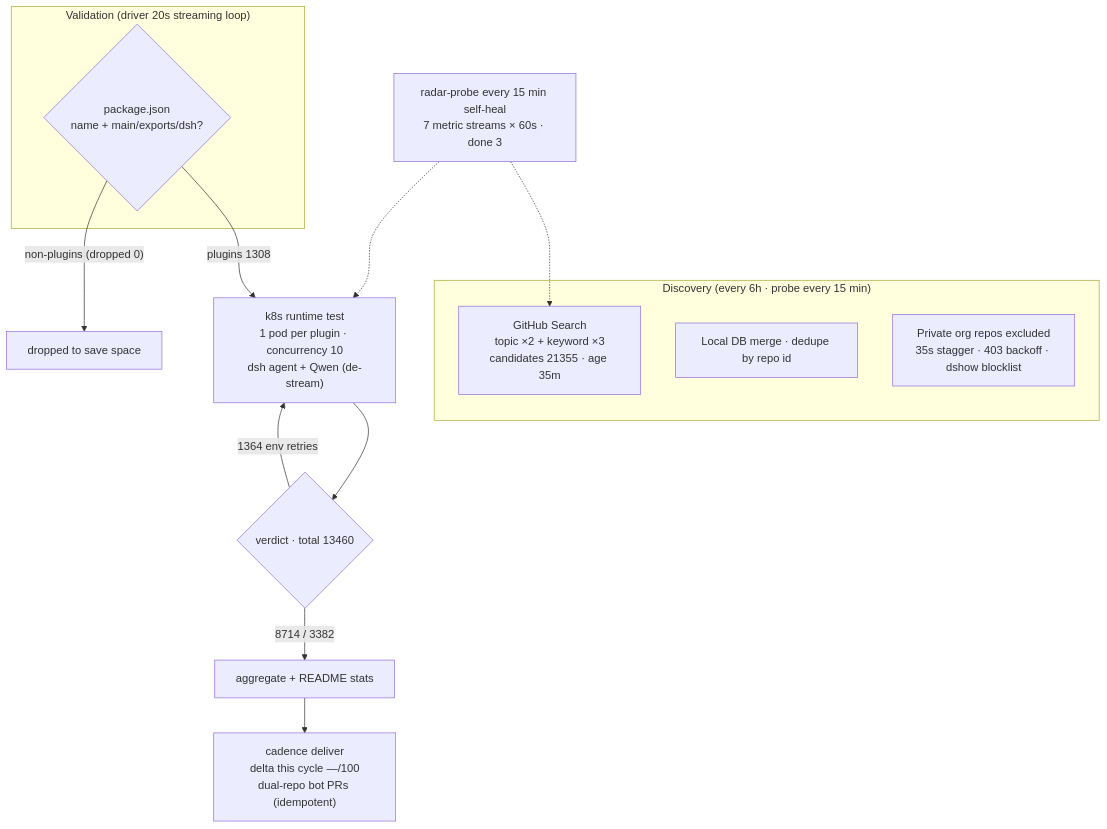
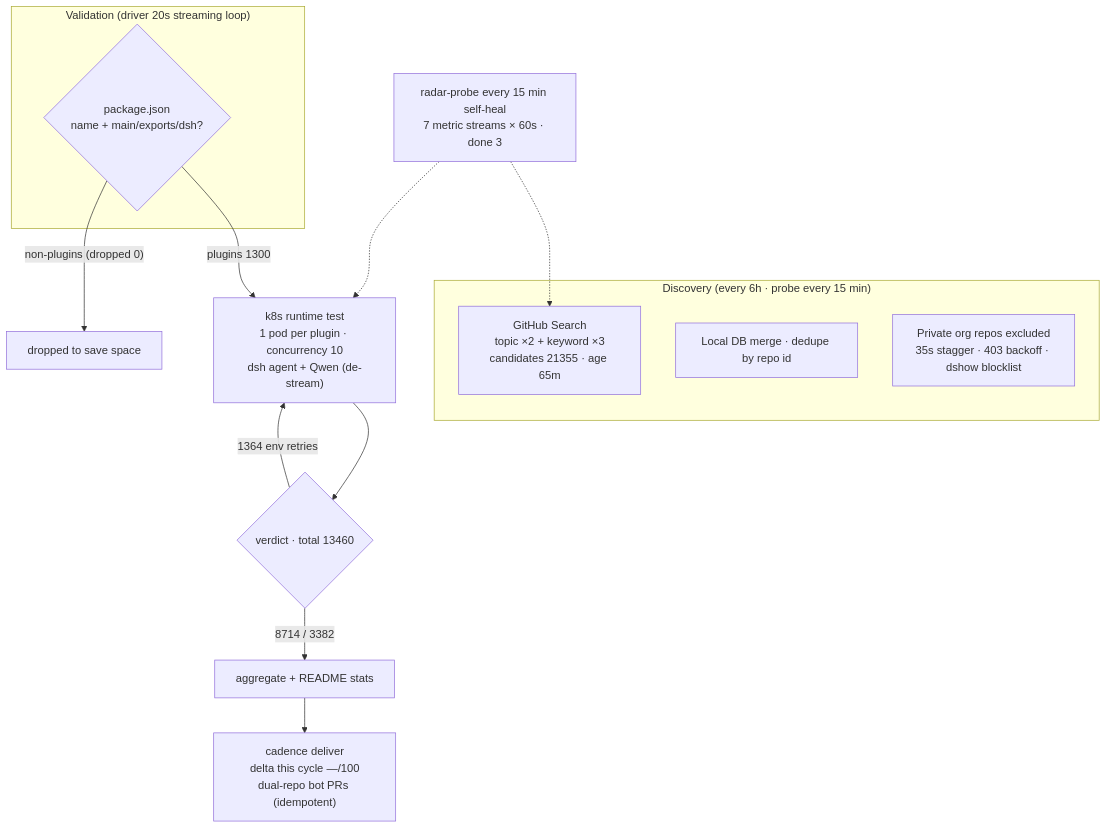
One commit to 1420079678-ctrl/dsh-plugin-radar changed the diagram in README.en-US.md. Above: the diagram before and after it, drawn with Mermaid. The commit also changed other lines of this file and 5 other files, not shown here.

````diff
--- a/README.en-US.md
+++ b/README.en-US.md
@@ -45,20 +45,20 @@
 ```mermaid
 flowchart TB
     subgraph Discovery["Discovery (every 6h · probe every 15 min)"]
-        A1["GitHub Search<br/>topic ×2 + keyword ×3<br/>candidates 21355 · age 35m"]
+        A1["GitHub Search<br/>topic ×2 + keyword ×3<br/>candidates 21355 · age 65m"]
         A2["Local DB merge · dedupe by repo id"]
         A3["Private org repos excluded<br/>35s stagger · 403 backoff · dshow blocklist"]
     end
     subgraph Validation["Validation (driver 20s streaming loop)"]
         B1{"package.json<br/>name + main/exports/dsh?"}
     end
-    B1 -->|"plugins 1308"| C1["k8s runtime test<br/>1 pod per plugin · concurrency 10<br/>dsh agent + Qwen (de-stream)"]
+    B1 -->|"plugins 1300"| C1["k8s runtime test<br/>1 pod per plugin · concurrency 10<br/>dsh agent + Qwen (de-stream)"]
     B1 -->|"non-plugins (dropped 0)"| B3["dropped to save space"]
     C1 --> D1{"verdict · total 13460"}
     D1 -->|"8714 / 3382"| E1["aggregate + README stats"]
     D1 -->|"1364 env retries"| C1
     E1 --> E2["cadence deliver<br/>delta this cycle —/100<br/>dual-repo bot PRs (idempotent)"]
     M["radar-probe every 15 min self-heal<br/>7 metric streams × 60s · done 3"]
     M -.-> A1
     M -.-> C1
 ```
````
